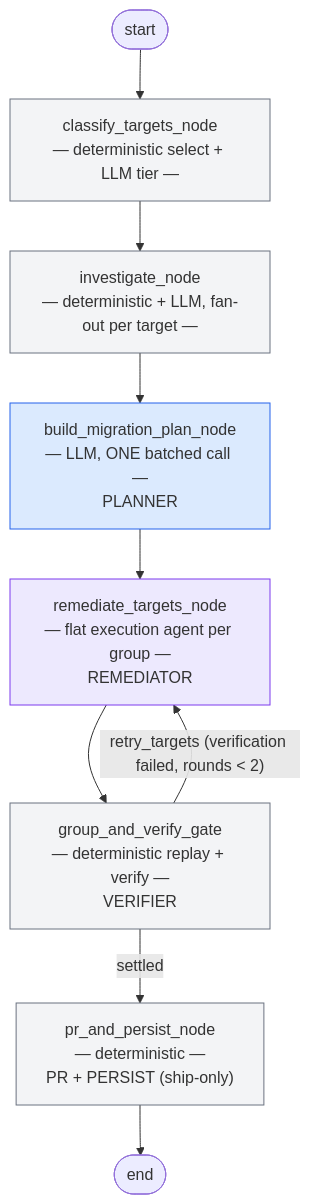
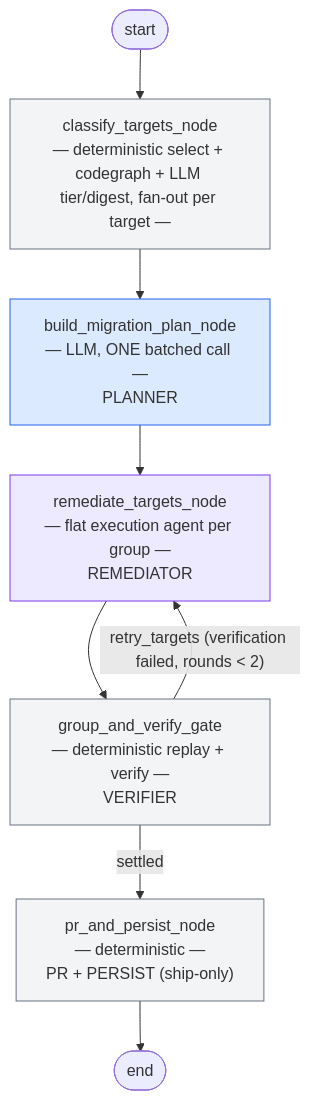
Before and after one commit to alaain04/misi-agentic-langgraph: the fourth of 4 diagrams in apps/backend/docs/graphs.md, drawn with Mermaid. The commit also changed other lines of this file and 64 other files, not shown here.

````diff
--- a/apps/backend/docs/graphs.md
+++ b/apps/backend/docs/graphs.md
@@ -107,31 +163,28 @@
 ```mermaid
 flowchart TD
     START([start]) --> classify_targets_node
 
-    classify_targets_node["classify_targets_node\n― deterministic select + LLM tier ―"]
-    classify_targets_node --> investigate_node
-
-    investigate_node["investigate_node\n― deterministic + LLM, fan-out per target ―"]
-    investigate_node --> build_migration_plan_node
+    classify_targets_node["classify_targets_node\n― deterministic select + codegraph + LLM tier/digest, fan-out per target ―"]
+    classify_targets_node --> build_migration_plan_node
 
     build_migration_plan_node["build_migration_plan_node\n― LLM, ONE batched call ―\nPLANNER"]
     build_migration_plan_node --> remediate_targets_node
 
     remediate_targets_node["remediate_targets_node\n― flat execution agent per group ―\nREMEDIATOR"]
     remediate_targets_node --> group_and_verify_gate
 
     group_and_verify_gate["group_and_verify_gate\n― deterministic replay + verify ―\nVERIFIER"]
     group_and_verify_gate -->|"retry_targets (verification failed, rounds < 2)"| remediate_targets_node
     group_and_verify_gate -->|settled| pr_and_persist_node
 
     pr_and_persist_node["pr_and_persist_node\n― deterministic ―\nPR + PERSIST (ship-only)"]
     pr_and_persist_node --> END([end])
 
     classDef llm fill:#dbeafe,stroke:#2563eb
     classDef agent fill:#ede9fe,stroke:#7c3aed
     classDef det fill:#f3f4f6,stroke:#6b7280
 
     class build_migration_plan_node llm
     class remediate_targets_node agent
-    class classify_targets_node,investigate_node,group_and_verify_gate,pr_and_persist_node det
+    class classify_targets_node,group_and_verify_gate,pr_and_persist_node det
 ```
````
